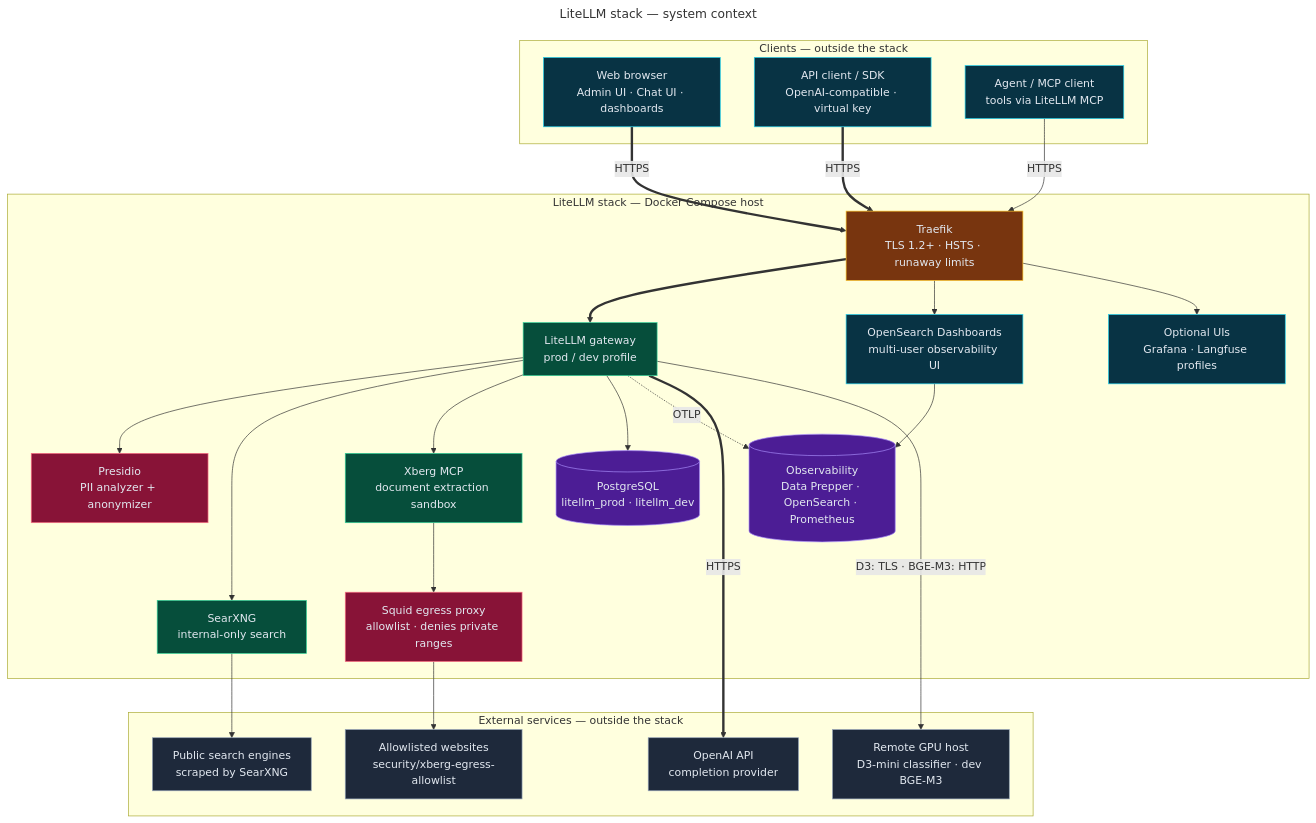
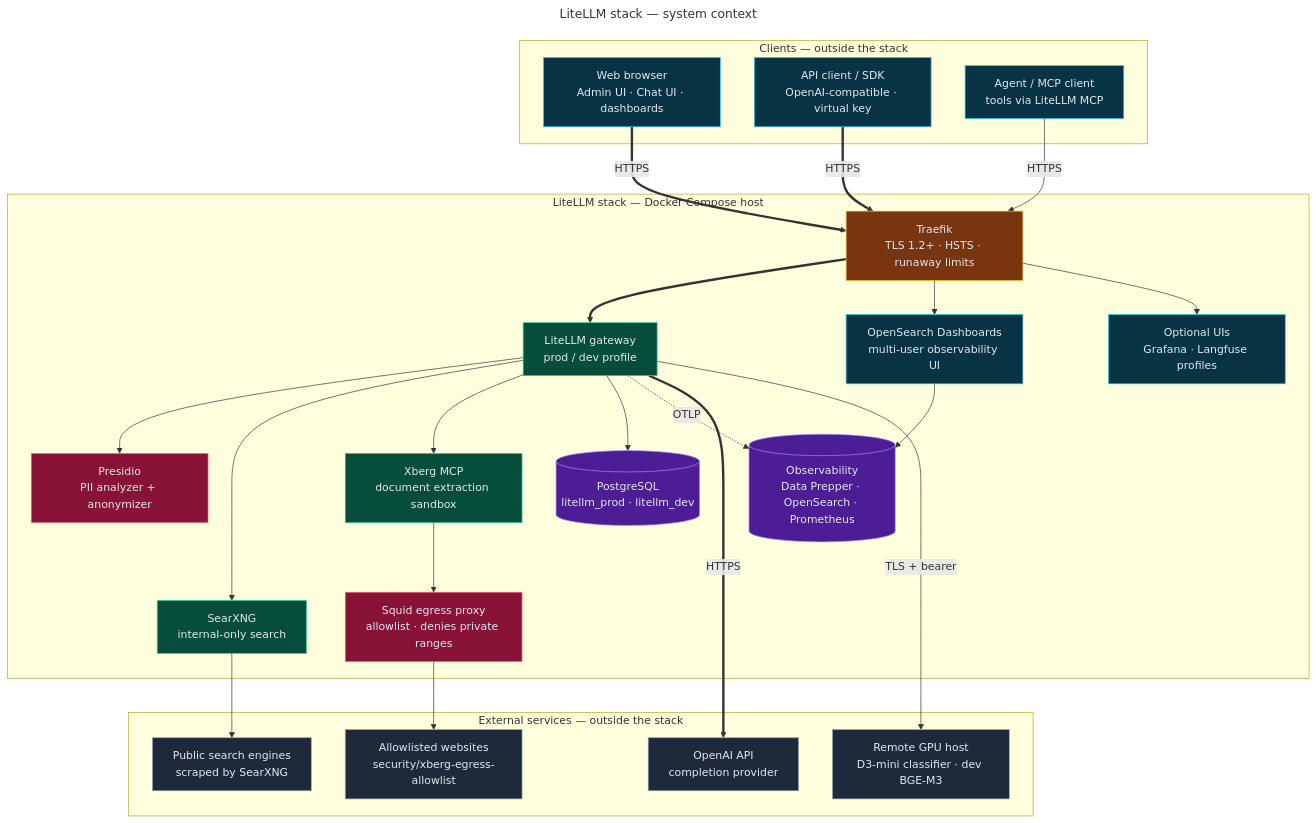
The diagram in diagrams/01-system-context.mmd (bella-1337/effective-spoon), drawn with Mermaid before and after one commit. The commit also changed 25 other files, not shown here.

First line of the commit message:
Put both GPU host models behind mkcert TLS and trust it from LiteLLM

```diff
--- a/diagrams/01-system-context.mmd
+++ b/diagrams/01-system-context.mmd
@@ -1,69 +1,69 @@
 ---
 title: LiteLLM stack — system context
 ---
 flowchart TD
   %% Source for 01-system-context.html. Edit this file, then run ./scripts/render-diagrams.py.
   %% Directives: docs in diagrams/README.md (Updating diagrams).
   %% @mode architecture
   %% @subtitle Who calls the stack, what runs inside the Docker host, and which services live outside it
   %% @card cyan | Clients | Browsers, SDKs, and agents reach the stack only through Traefik over HTTPS | API clients authenticate to LiteLLM with a virtual key or the master key | Operators use OpenSearch Dashboards, plus Grafana or Langfuse when enabled
   %% @card violet | Inside the stack | LiteLLM is the single gateway for models, search, MCP tools, and guardrails | Presidio, SearXNG, Xberg, PostgreSQL, and telemetry stay on internal networks | Every container log, metric, and trace lands in OpenSearch by default
-  %% @card rose | Outside the stack | OpenAI serves completions; a separate GPU host runs D3-mini over TLS and dev BGE-M3 embeddings over plain HTTP | SearXNG scrapes public engines — review their terms of use | Xberg reaches only allowlisted sites through the Squid egress proxy
+  %% @card rose | Outside the stack | OpenAI serves completions; a separate GPU host runs D3-mini and dev BGE-M3 embeddings behind one TLS proxy trusted through its mkcert CA | SearXNG scrapes public engines — review their terms of use | Xberg reaches only allowlisted sites through the Squid egress proxy
   %% @tier 0: BR API AG
   %% @tier 1: TR
   %% @tier 2: LL OSD OPT
   %% @tier 3: PR SX XB PG OBS
   %% @tier 4: SQ
   %% @tier 5: OAI D3 SE WEB
   %% @journey #22d3ee: API TR LL OAI
   %% @journey #a78bfa: BR TR OSD OBS
   %% @journey #34d399: AG TR LL XB SQ WEB
 
   subgraph CL["Clients — outside the stack"]
     BR["Web browser<br/>Admin UI · Chat UI · dashboards"]:::frontend
     API["API client / SDK<br/>OpenAI-compatible · virtual key"]:::frontend
     AG["Agent / MCP client<br/>tools via LiteLLM MCP"]:::frontend
   end
   subgraph ST["LiteLLM stack — Docker Compose host"]
     TR["Traefik<br/>TLS 1.2+ · HSTS · runaway limits"]:::cloud
     LL["LiteLLM gateway<br/>prod / dev profile"]:::backend
     OSD["OpenSearch Dashboards<br/>multi-user observability UI"]:::frontend
     OPT["Optional UIs<br/>Grafana · Langfuse profiles"]:::frontend
     PR["Presidio<br/>PII analyzer + anonymizer"]:::security
     SX["SearXNG<br/>internal-only search"]:::backend
     XB["Xberg MCP<br/>document extraction sandbox"]:::backend
     PG[("PostgreSQL<br/>litellm_prod · litellm_dev")]:::database
     OBS[("Observability<br/>Data Prepper · OpenSearch · Prometheus")]:::database
     SQ["Squid egress proxy<br/>allowlist · denies private ranges"]:::security
   end
   subgraph EX["External services — outside the stack"]
     OAI["OpenAI API<br/>completion provider"]:::external
     D3["Remote GPU host<br/>D3-mini classifier · dev BGE-M3"]:::external
     SE["Public search engines<br/>scraped by SearXNG"]:::external
     WEB["Allowlisted websites<br/>security/xberg-egress-allowlist"]:::external
   end
 
   BR ==>|"HTTPS"| TR
   API ==>|"HTTPS"| TR
   AG -->|"HTTPS"| TR
   TR ==> LL
   TR --> OSD
   TR --> OPT
   LL --> PR
   LL --> SX
   LL --> XB
   LL --> PG
   LL -.->|"OTLP"| OBS
   OSD --> OBS
   XB --> SQ
   LL ==>|"HTTPS"| OAI
-  LL -->|"D3: TLS · BGE-M3: HTTP"| D3
+  LL -->|"TLS + bearer"| D3
   SX --> SE
   SQ --> WEB
 
   classDef backend fill:#064e3b,stroke:#34d399,color:#e2e8f0
   classDef cloud fill:#78350f,stroke:#fbbf24,color:#e2e8f0
   classDef database fill:#4c1d95,stroke:#a78bfa,color:#e2e8f0
   classDef external fill:#1e293b,stroke:#94a3b8,color:#e2e8f0
   classDef frontend fill:#083344,stroke:#22d3ee,color:#e2e8f0
   classDef security fill:#881337,stroke:#fb7185,color:#e2e8f0
```
